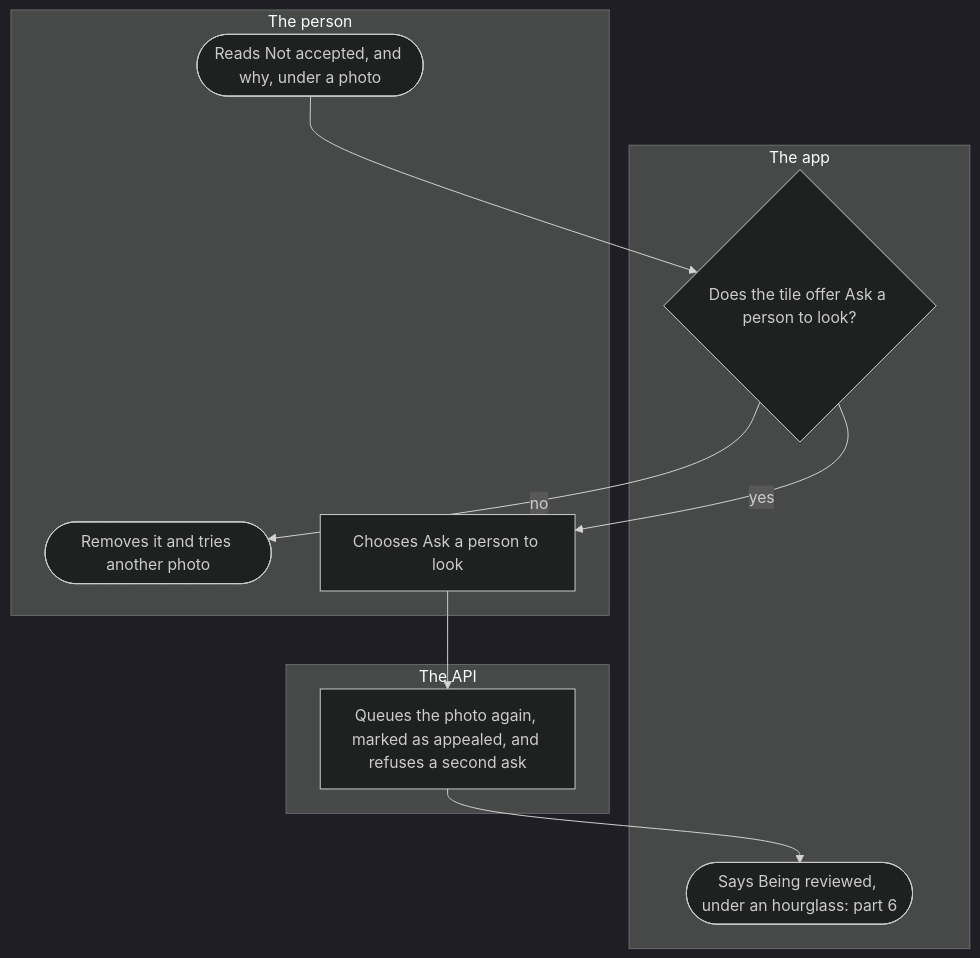
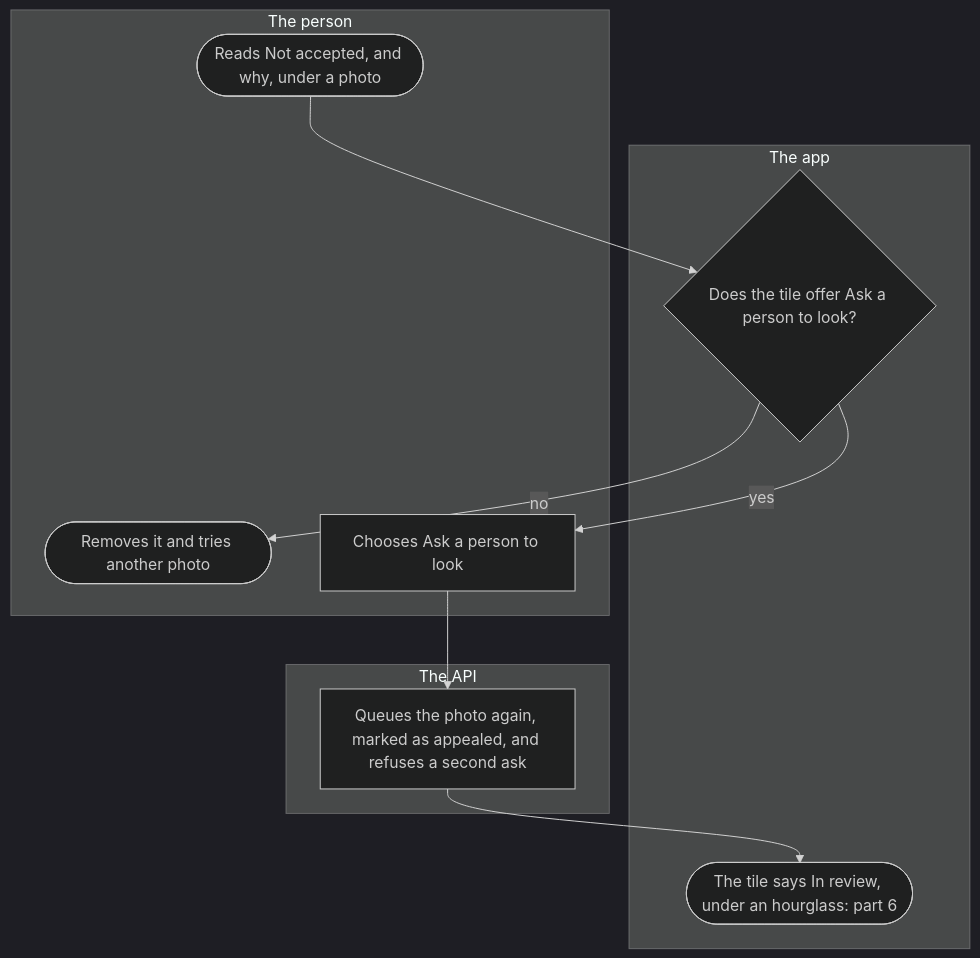
One commit to kuutti-ry/kuutti-app changed the third of 7 diagrams in docs/flows/photos.md. Above: the diagram before and after it, drawn with Mermaid (dark theme). The commit also changed other lines of this file and 41 other files, not shown here.

First line of the commit message:
Redraw the user flows against today's main, held by check:docs

````diff
--- a/docs/flows/photos.md
+++ b/docs/flows/photos.md
@@ -120,22 +143,22 @@
 ```mermaid
 flowchart TB
-  accTitle: Photos, part 3
+  accTitle: Photos, part 3: asking a person to look
   accDescr: Under a photo the check itself rejected, the person may ask a person to look, once, unless the check was very sure of nudity. The photo goes back to the moderators' queue, marked as appealed. Otherwise the person removes it and tries another.
   subgraph person["The person"]
     s27(["Reads Not accepted, and why, under a photo"])
     s29(["Removes it and tries another photo"])
     s30["Chooses Ask a person to look"]
   end
   subgraph app["The app"]
     s28{"Does the tile offer Ask a person to look?"}
-    s32(["Says Being reviewed, under an hourglass: part 6"])
+    s32(["The tile says In review, under an hourglass: part 6"])
   end
   subgraph api["The API"]
     s31["Queues the photo again, marked as appealed, and refuses a second ask"]
   end
   s27 --> s28
   s28 -->|"no"| s29
   s28 -->|"yes"| s30
   s30 --> s31
   s31 --> s32
 ```
````
